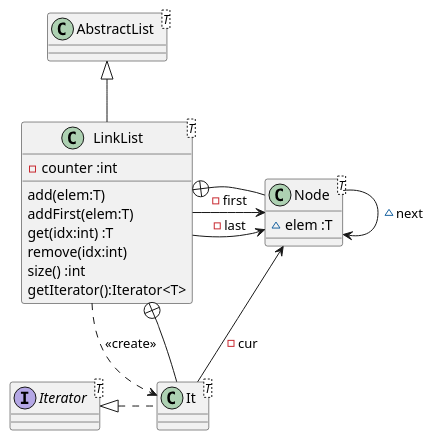
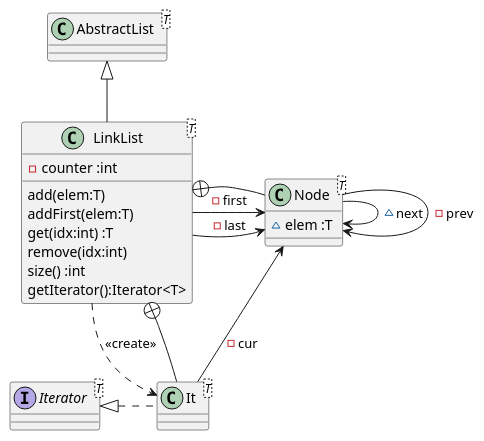
Before and after one commit to isel-leic-poo/20-21-1-LI21N: the diagram in List/out/production/List/isel/poo/list/LinkList.puml, drawn with PlantUML. The commit also changed 3 other files, not shown here.

```diff
--- a/List/out/production/List/isel/poo/list/LinkList.puml
+++ b/List/out/production/List/isel/poo/list/LinkList.puml
@@ -1,43 +1,44 @@
 @startuml
 
 class AbstractList<T>
 
 class LinkList<T> {
   '-first :Node
   -counter :int
   add(elem:T)
   addFirst(elem:T)
   get(idx:int) :T
   remove(idx:int)
   size() :int
   getIterator():Iterator<T>
 }
 LinkList ..> It : <<create>>
 AbstractList <|-- LinkList
 
 interface Iterator<T> {
    '+hasNext():boolean
    '+next():T
 }
 
 class It<T> {
    '+hasNext():boolean
    '+next():int
 }
 
 class Node<T> {
   ~elem :T
   '~next :Node
 }
 
 Node <- It : -cur
 Node -> Node : ~next
+Node -> Node : -prev
 'LinkList ..> IntIterator
 LinkList +- Node : "  "
 LinkList -> Node : -first
 LinkList -> Node : -last
 LinkList +-- It
 
 Iterator <|. It : "      "
 
 @enduml
```
